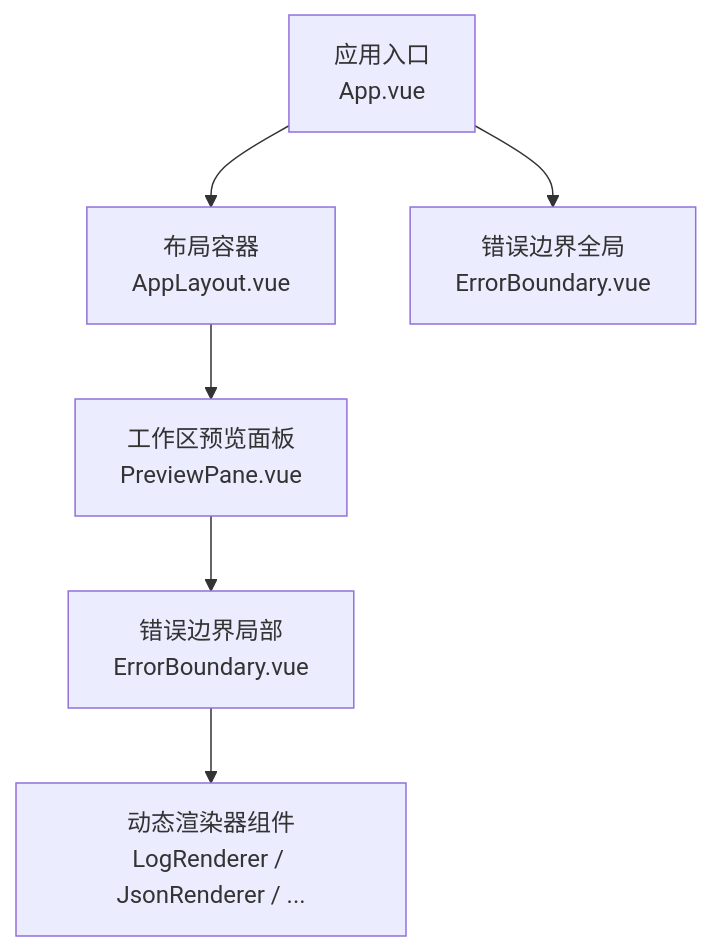
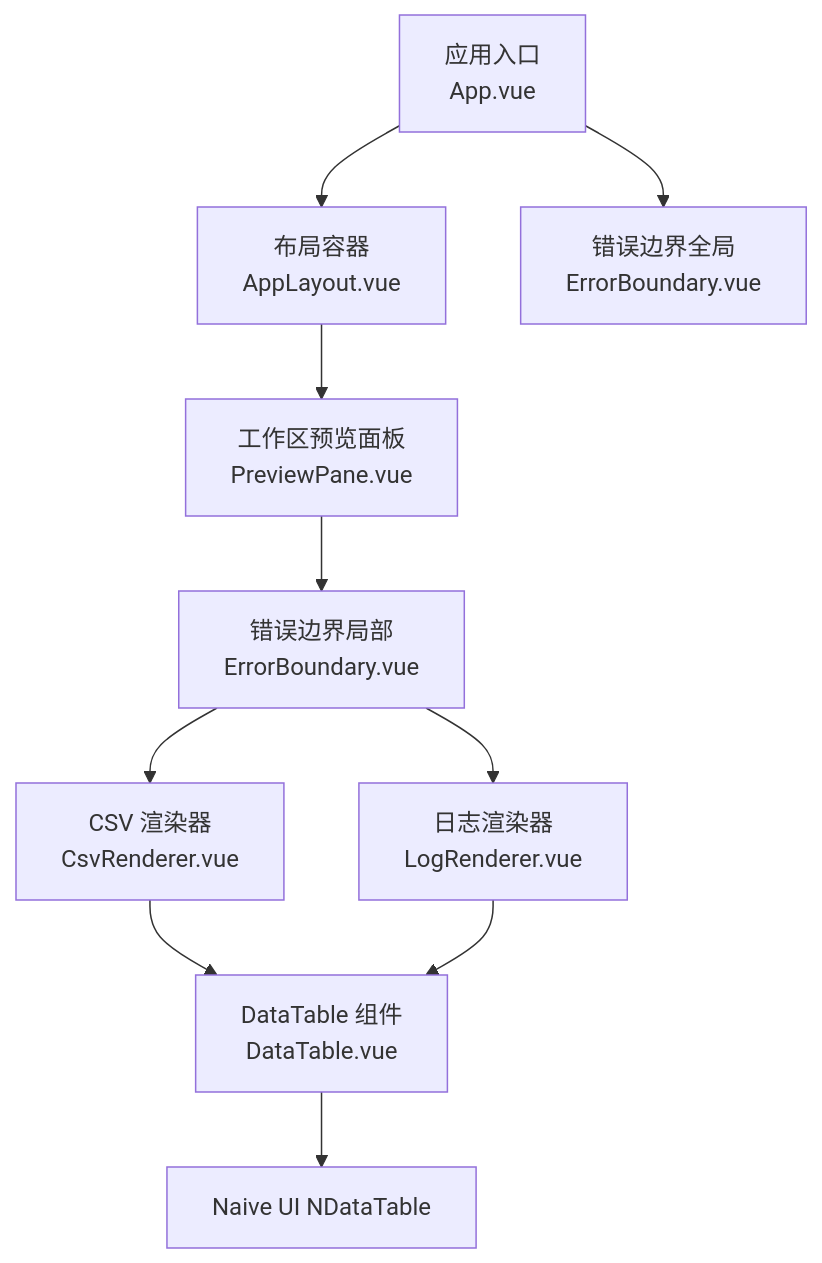
One commit to taoweidong/Hello-Tauri changed the first of 6 diagrams in .qoder/repowiki/zh/content/架构设计/组件层次结构/共享组件.md. Above: the diagram before and after it, drawn with Mermaid. The commit also changed other lines of this file and 13 other files, not shown here.

First line of the commit message:
feat: 新增 DataTable 公共表格组件并重构渲染器

````diff
--- a/.qoder/repowiki/zh/content/架构设计/组件层次结构/共享组件.md
+++ b/.qoder/repowiki/zh/content/架构设计/组件层次结构/共享组件.md
@@ -30,8 +43,12 @@
 ```mermaid
 graph TB
 A["应用入口<br/>App.vue"] --> B["布局容器<br/>AppLayout.vue"]
 A --> C["错误边界全局<br/>ErrorBoundary.vue"]
 B --> D["工作区预览面板<br/>PreviewPane.vue"]
 D --> E["错误边界局部<br/>ErrorBoundary.vue"]
-E --> F["动态渲染器组件<br/>LogRenderer / JsonRenderer / ..."]
+E --> F["CSV 渲染器<br/>CsvRenderer.vue"]
+E --> G["日志渲染器<br/>LogRenderer.vue"]
+F --> H["DataTable 组件<br/>DataTable.vue"]
+G --> H
+H --> I["Naive UI NDataTable"]
 ```
````
